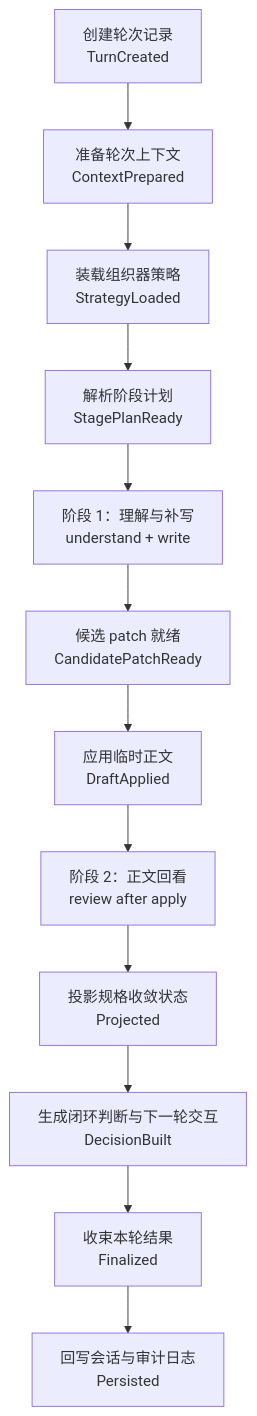
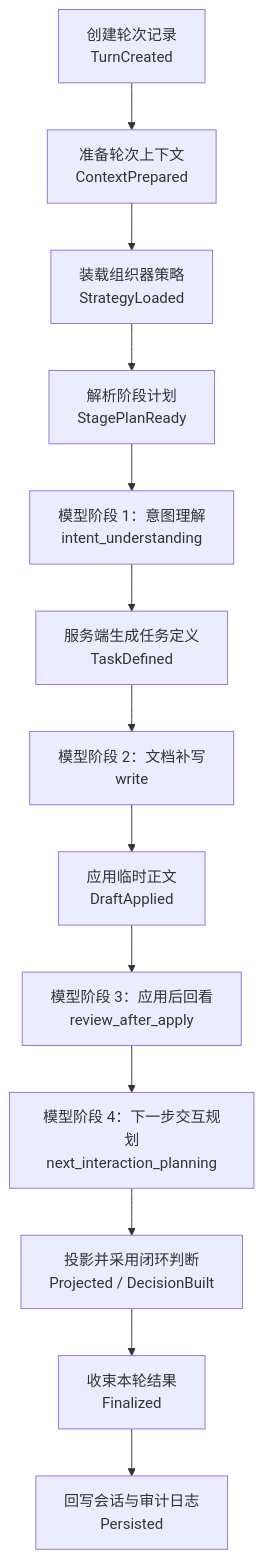
One commit to wgwtest/CodeFactoryV2 changed diagram 25 of 35 in DOC/CODEX_DOC/02_设计说明/P2_需求分析系统/P2-需求分析系统设计.md. Above: the diagram before and after it, drawn with Mermaid. The commit also changed other lines of this file and 43 other files, not shown here.

````diff
--- a/DOC/CODEX_DOC/02_设计说明/P2_需求分析系统/P2-需求分析系统设计.md
+++ b/DOC/CODEX_DOC/02_设计说明/P2_需求分析系统/P2-需求分析系统设计.md
@@ -3116,17 +3152,18 @@
 ```mermaid
 flowchart TB
   A["创建轮次记录<br/>TurnCreated"]
   B["准备轮次上下文<br/>ContextPrepared"]
   C["装载组织器策略<br/>StrategyLoaded"]
   D["解析阶段计划<br/>StagePlanReady"]
-  E["阶段 1：理解与补写<br/>understand + write"]
-  F["候选 patch 就绪<br/>CandidatePatchReady"]
-  G["应用临时正文<br/>DraftApplied"]
-  H["阶段 2：正文回看<br/>review after apply"]
-  I["投影规格收敛状态<br/>Projected"]
-  J["生成闭环判断与下一轮交互<br/>DecisionBuilt"]
-  K["收束本轮结果<br/>Finalized"]
-  L["回写会话与审计日志<br/>Persisted"]
+  E["模型阶段 1：意图理解<br/>intent_understanding"]
+  F["服务端生成任务定义<br/>TaskDefined"]
+  G["模型阶段 2：文档补写<br/>write"]
+  H["应用临时正文<br/>DraftApplied"]
+  I["模型阶段 3：应用后回看<br/>review_after_apply"]
+  J["模型阶段 4：下一步交互规划<br/>next_interaction_planning"]
+  K["投影并采用闭环判断<br/>Projected / DecisionBuilt"]
+  L["收束本轮结果<br/>Finalized"]
+  M["回写会话与审计日志<br/>Persisted"]
 
-  A --> B --> C --> D --> E --> F --> G --> H --> I --> J --> K --> L
+  A --> B --> C --> D --> E --> F --> G --> H --> I --> J --> K --> L --> M
 ```
````
